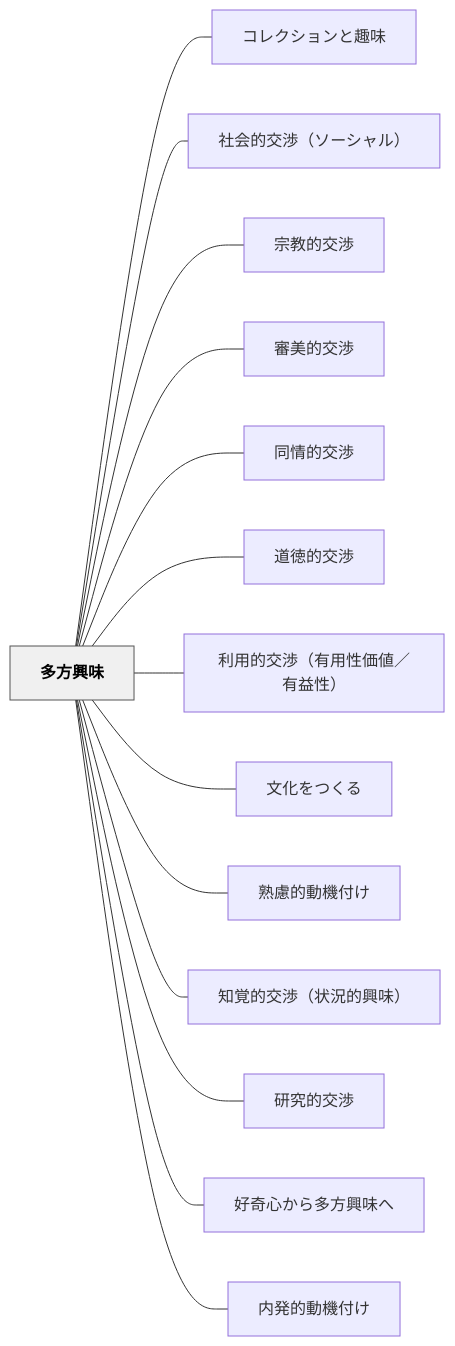
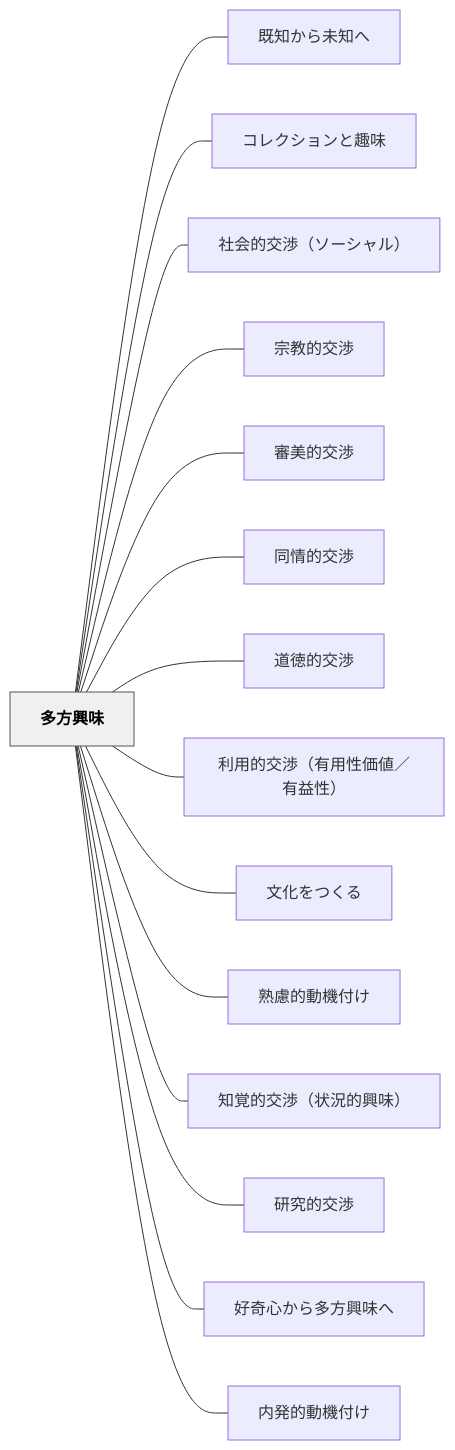
One commit to unknownthings-ed-patterns/unknownthings-ed-patterns changed the diagram in content/パタン/多方興味.md. Above: the diagram before and after it, drawn with Mermaid. The commit also changed other lines of this file and 100 other files, not shown here.

````diff
--- a/content/パタン/多方興味.md
+++ b/content/パタン/多方興味.md
@@ -158,34 +159,36 @@
 ```mermaid
 flowchart LR
     ne5a49ae696b9e88888e591b3["多方興味"]
+    ne697a2e79fa5e3818be38289e69caae79fa5e381b8["既知から未知へ"]
     ne382b3e383ace382afe382b7e383a7e383b3e381a8e8b6a3e591b3["コレクションと趣味"]
     ne7a4bee4bc9ae79a84e4baa4e6b889efbc88e382bde383bce382b7e383a3e383abefbc89["社会的交渉（ソーシャル）"]
     ne5ae97e69599e79a84e4baa4e6b889["宗教的交渉"]
     ne5afa9e7be8ee79a84e4baa4e6b889["審美的交渉"]
     ne5908ce68385e79a84e4baa4e6b889["同情的交渉"]
     ne98193e5beb3e79a84e4baa4e6b889["道徳的交渉"]
     ne588a9e794a8e79a84e4baa4e6b889efbc88e69c89e794a8e680a7e4bea1e580a4efbc8fe69c89e79b8ae680a7efbc89["利用的交渉（有用性価値／有益性）"]
     ne69687e58c96e38292e381a4e3818fe3828b["文化をつくる"]
     ne7869fe685aee79a84e58b95e6a99fe4bb98e38191["熟慮的動機付け"]
     ne79fa5e8a69ae79a84e4baa4e6b889efbc88e78ab6e6b381e79a84e88888e591b3efbc89["知覚的交渉（状況的興味）"]
     ne7a094e7a9b6e79a84e4baa4e6b889["研究的交渉"]
     ne5a5bde5a587e5bf83e3818be38289e5a49ae696b9e88888e591b3e381b8["好奇心から多方興味へ"]
     ne58685e799bae79a84e58b95e6a99fe4bb98e38191["内発的動機付け"]
 
+    ne5a49ae696b9e88888e591b3 --- ne697a2e79fa5e3818be38289e69caae79fa5e381b8
     ne5a49ae696b9e88888e591b3 --- ne382b3e383ace382afe382b7e383a7e383b3e381a8e8b6a3e591b3
     ne5a49ae696b9e88888e591b3 --- ne7a4bee4bc9ae79a84e4baa4e6b889efbc88e382bde383bce382b7e383a3e383abefbc89
     ne5a49ae696b9e88888e591b3 --- ne5ae97e69599e79a84e4baa4e6b889
     ne5a49ae696b9e88888e591b3 --- ne5afa9e7be8ee79a84e4baa4e6b889
     ne5a49ae696b9e88888e591b3 --- ne5908ce68385e79a84e4baa4e6b889
     ne5a49ae696b9e88888e591b3 --- ne98193e5beb3e79a84e4baa4e6b889
     ne5a49ae696b9e88888e591b3 --- ne588a9e794a8e79a84e4baa4e6b889efbc88e69c89e794a8e680a7e4bea1e580a4efbc8fe69c89e79b8ae680a7efbc89
     ne5a49ae696b9e88888e591b3 --- ne69687e58c96e38292e381a4e3818fe3828b
     ne5a49ae696b9e88888e591b3 --- ne7869fe685aee79a84e58b95e6a99fe4bb98e38191
     ne5a49ae696b9e88888e591b3 --- ne79fa5e8a69ae79a84e4baa4e6b889efbc88e78ab6e6b381e79a84e88888e591b3efbc89
     ne5a49ae696b9e88888e591b3 --- ne7a094e7a9b6e79a84e4baa4e6b889
     ne5a49ae696b9e88888e591b3 --- ne5a5bde5a587e5bf83e3818be38289e5a49ae696b9e88888e591b3e381b8
     ne5a49ae696b9e88888e591b3 --- ne58685e799bae79a84e58b95e6a99fe4bb98e38191
 
     classDef hub fill:#f0f0f0,stroke:#555,color:#000,font-weight:bold
     class ne5a49ae696b9e88888e591b3 hub
 ```
````
